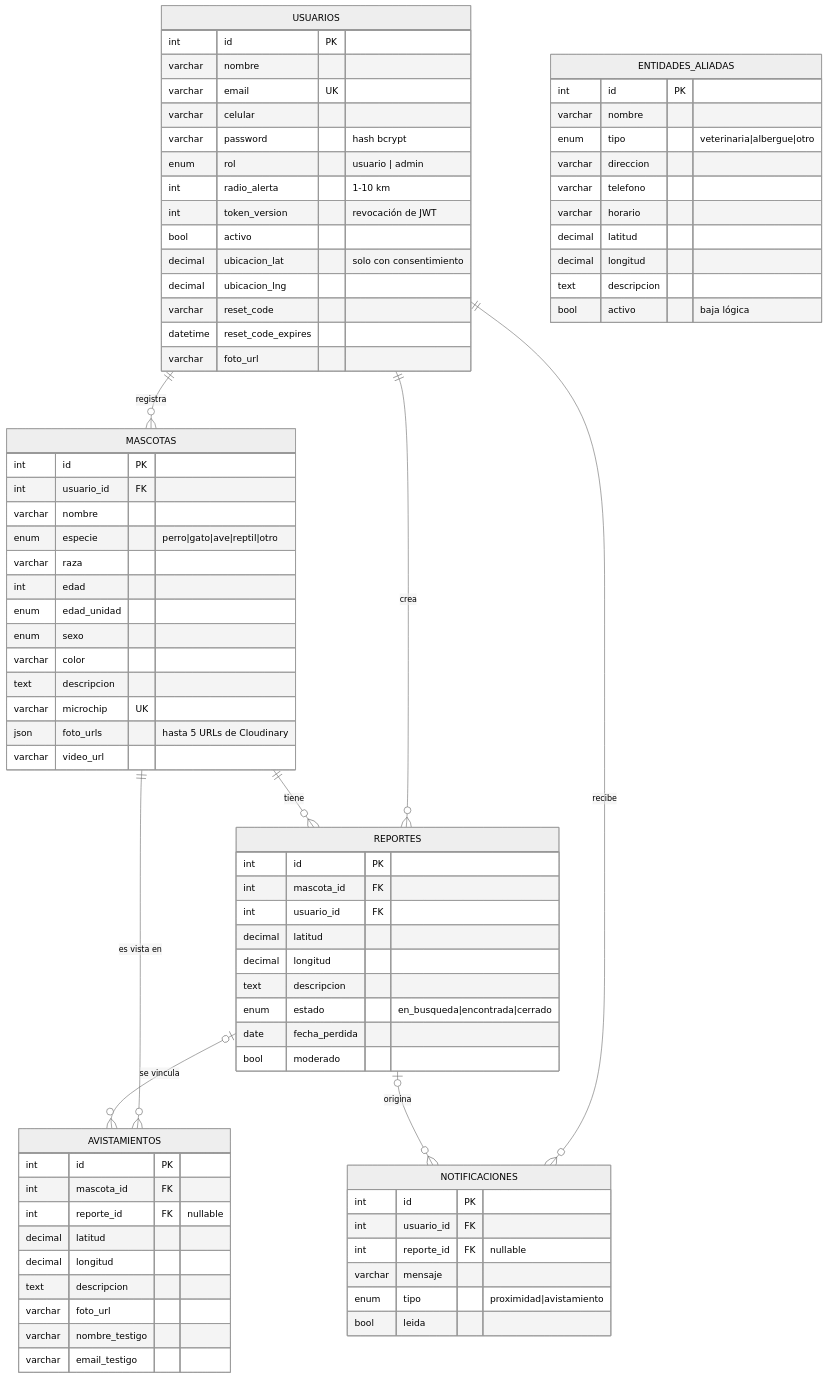
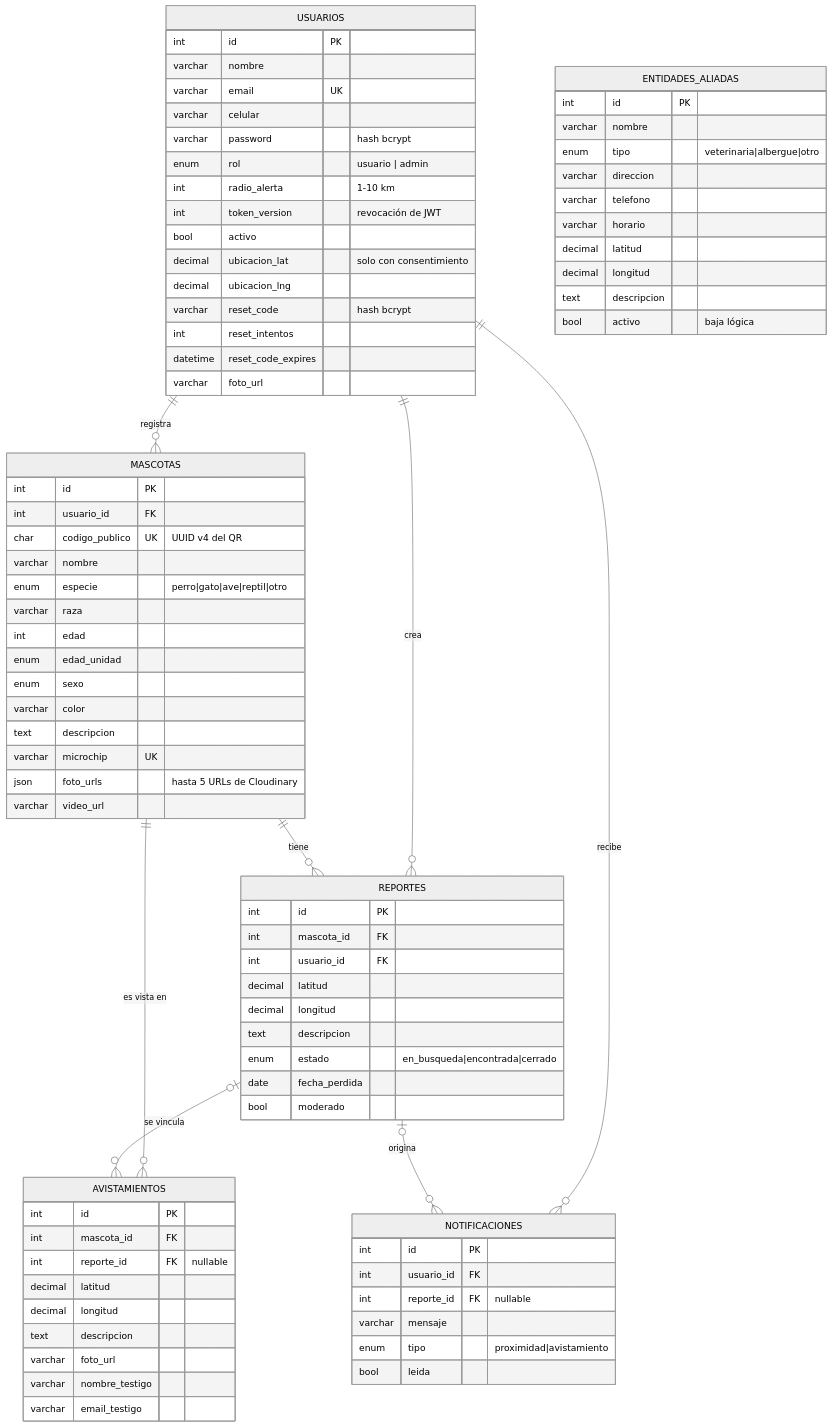
Before and after one commit to Juanportilla12/HuellaSegura: the diagram in docs/BASE_DE_DATOS.md, drawn with Mermaid (neutral theme). The commit also changed other lines of this file and 31 other files, not shown here.

```diff
--- a/docs/BASE_DE_DATOS.md
+++ b/docs/BASE_DE_DATOS.md
@@ -33,13 +33,15 @@
     bool activo
     decimal ubicacion_lat "solo con consentimiento"
     decimal ubicacion_lng
-    varchar reset_code
+    varchar reset_code "hash bcrypt"
+    int reset_intentos
     datetime reset_code_expires
     varchar foto_url
   }
   MASCOTAS {
     int id PK
     int usuario_id FK
+    char codigo_publico UK "UUID v4 del QR"
     varchar nombre
     enum especie "perro|gato|ave|reptil|otro"
     varchar raza
```
